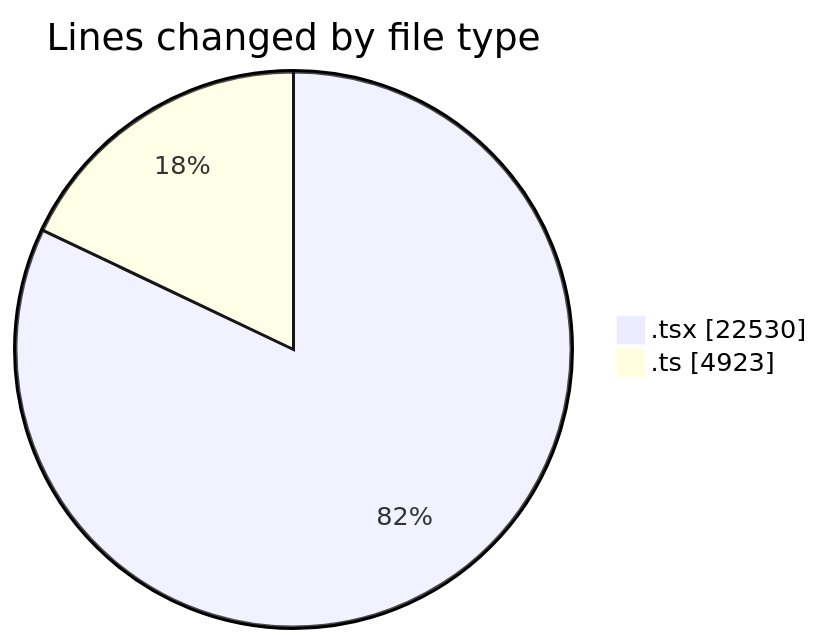
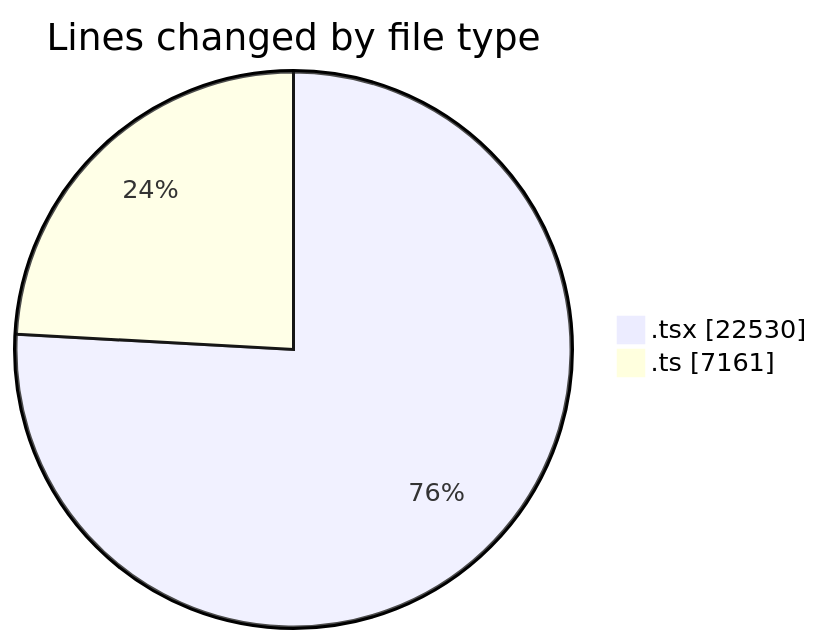
The first of 2 diagrams in 2026-08-23/nxtqube_webapp/README.md (nxtqubesakshisongat/code-tracking), drawn with Mermaid before and after one commit. The commit also changed other lines of this file and 1 other file, not shown here.

````diff
--- a/2026-08-23/nxtqube_webapp/README.md
+++ b/2026-08-23/nxtqube_webapp/README.md
@@ -67,6 +71,6 @@
 ```mermaid
 pie showData
 title Lines changed by file type
 ".tsx" : 22530
-".ts" : 4923
+".ts" : 7161
 ```
````
